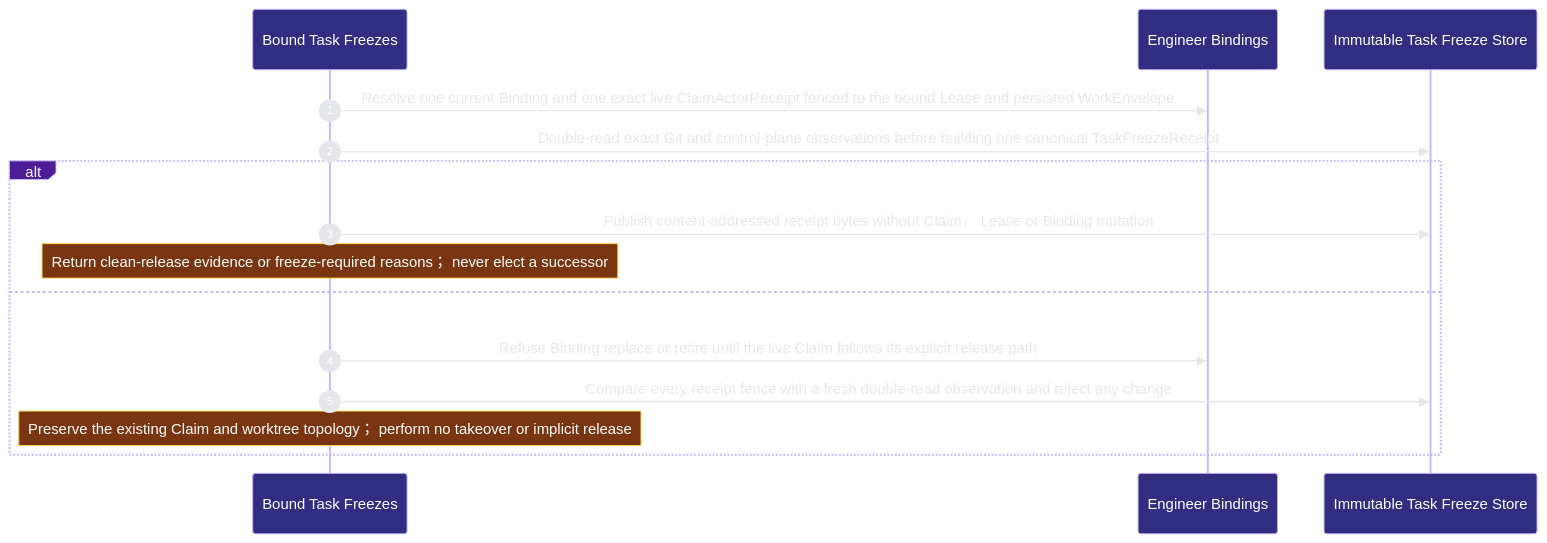
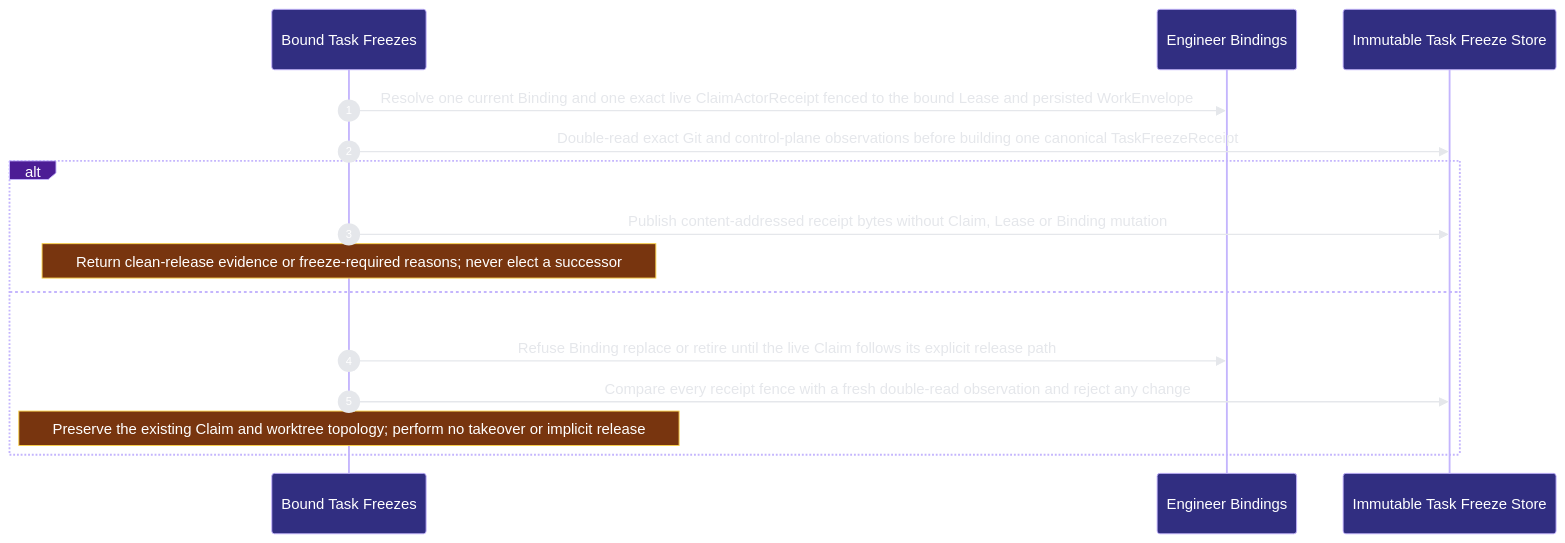
One commit to Ancienttwo/repo-harness changed the second of 2 diagrams in docs/architecture/modules/runtime-harness/bound-task-freezes.md. Above: the diagram before and after it, drawn with Mermaid. The commit also changed other lines of this file and 46 other files, not shown here.

First line of the commit message:
docs(architecture): re-project the architecture docs with archctx 0.7.1

````diff
--- a/docs/architecture/modules/runtime-harness/bound-task-freezes.md
+++ b/docs/architecture/modules/runtime-harness/bound-task-freezes.md
@@ -67,18 +82,18 @@
 ```mermaid
 %%{init: {"theme":"base","themeVariables":{"background":"#0d1117","actorBkg":"#312e81","actorBorder":"#c4b5fd","actorTextColor":"#ffffff","signalColor":"#e5e7eb","signalTextColor":"#e5e7eb","labelBoxBkgColor":"#4c1d95","labelBoxBorderColor":"#c4b5fd","labelTextColor":"#ffffff","noteBkgColor":"#78350f","noteBorderColor":"#fcd34d","noteTextColor":"#ffffff","sequenceNumberColor":"#ffffff"}}}%%
 sequenceDiagram
   autonumber
   participant p2_bound_task_freezes_60610ef7 as Bound Task Freezes
   participant p2_engineer_bindings_4e9749d0 as Engineer Bindings
   participant p2_freeze_store_3c761068 as Immutable Task Freeze Store
   p2_bound_task_freezes_60610ef7->>p2_engineer_bindings_4e9749d0: Resolve one current Binding and one exact live ClaimActorReceipt fenced to the bound Lease and persisted WorkEnvelope
   p2_bound_task_freezes_60610ef7->>p2_freeze_store_3c761068: Double-read exact Git and control-plane observations before building one canonical TaskFreezeReceipt
   alt Stable observations persist one immutable receipt with closed Human choices
-  p2_bound_task_freezes_60610ef7->>p2_freeze_store_3c761068: Publish content-addressed receipt bytes without Claim， Lease or Binding mutation
-    Note over p2_bound_task_freezes_60610ef7: Return clean-release evidence or freeze-required reasons； never elect a successor
+  p2_bound_task_freezes_60610ef7->>p2_freeze_store_3c761068: Publish content-addressed receipt bytes without Claim#44; Lease or Binding mutation
+    Note over p2_bound_task_freezes_60610ef7: Return clean-release evidence or freeze-required reasons#59; never elect a successor
   else Changed or stale state and active-Claim rotation fail closed
   p2_bound_task_freezes_60610ef7->>p2_engineer_bindings_4e9749d0: Refuse Binding replace or retire until the live Claim follows its explicit release path
   p2_bound_task_freezes_60610ef7->>p2_freeze_store_3c761068: Compare every receipt fence with a fresh double-read observation and reject any change
-    Note over p2_bound_task_freezes_60610ef7: Preserve the existing Claim and worktree topology； perform no takeover or implicit release
+    Note over p2_bound_task_freezes_60610ef7: Preserve the existing Claim and worktree topology#59; perform no takeover or implicit release
   end
 ```
````
